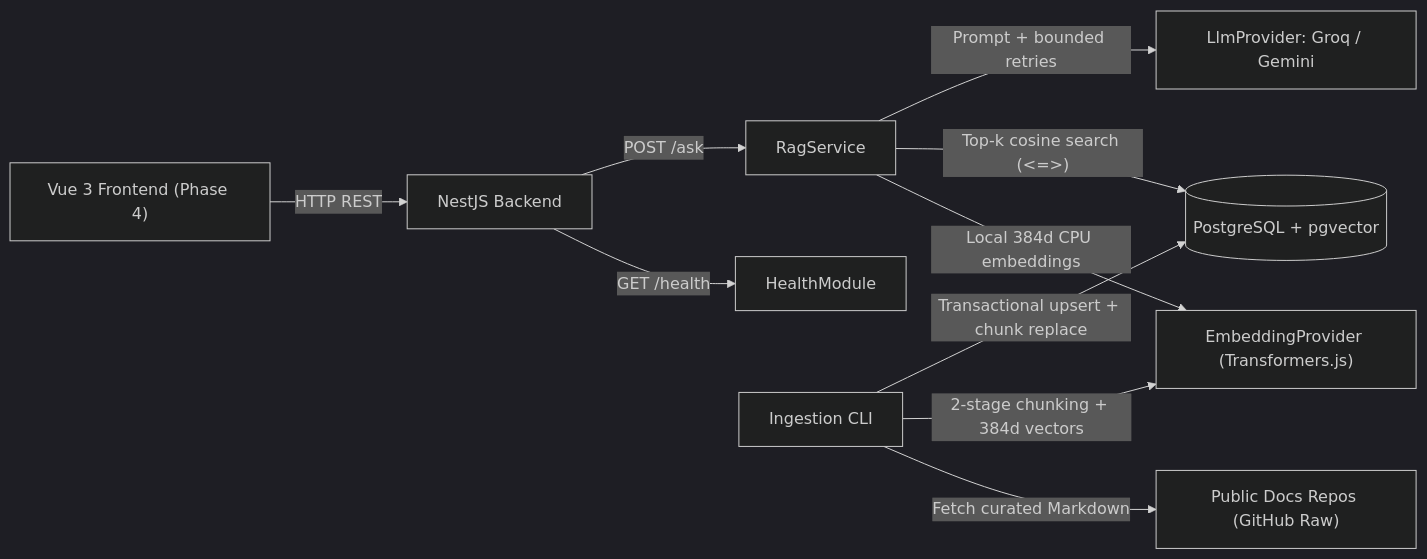
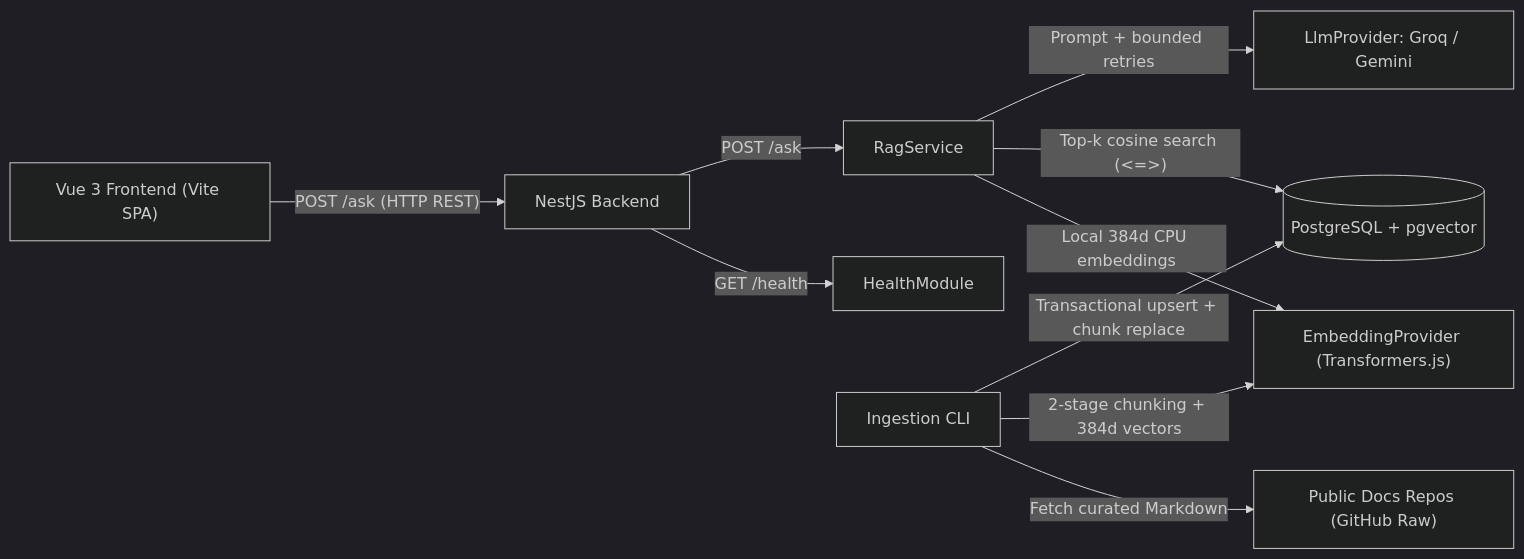
Before and after one commit to Hatim-Merchant/engirag-engineering-assistant: the diagram in README.md, drawn with Mermaid (dark theme). The commit also changed other lines of this file and 23 other files, not shown here.

Commit message:
feat(frontend): implement Vue 3 chat UI with clickable citations and tests

````diff
--- a/README.md
+++ b/README.md
@@ -36,12 +40,12 @@
 ```mermaid
 flowchart LR
-  Client["Vue 3 Frontend (Phase 4)"] -->|"HTTP REST"| API["NestJS Backend"]
+  Client["Vue 3 Frontend (Vite SPA)"] -->|"POST /ask (HTTP REST)"| API["NestJS Backend"]
   API -->|"GET /health"| Health["HealthModule"]
   API -->|"POST /ask"| RAG["RagService"]
   RAG -->|"Local 384d CPU embeddings"| Embeddings["EmbeddingProvider (Transformers.js)"]
   RAG -->|"Top-k cosine search (<=>)"| DB[("PostgreSQL + pgvector")]
   RAG -->|"Prompt + bounded retries"| LLM["LlmProvider: Groq / Gemini"]
   CLI["Ingestion CLI"] -->|"Fetch curated Markdown"| GitHub["Public Docs Repos (GitHub Raw)"]
   CLI -->|"2-stage chunking + 384d vectors"| Embeddings
   CLI -->|"Transactional upsert + chunk replace"| DB
 ```
````
